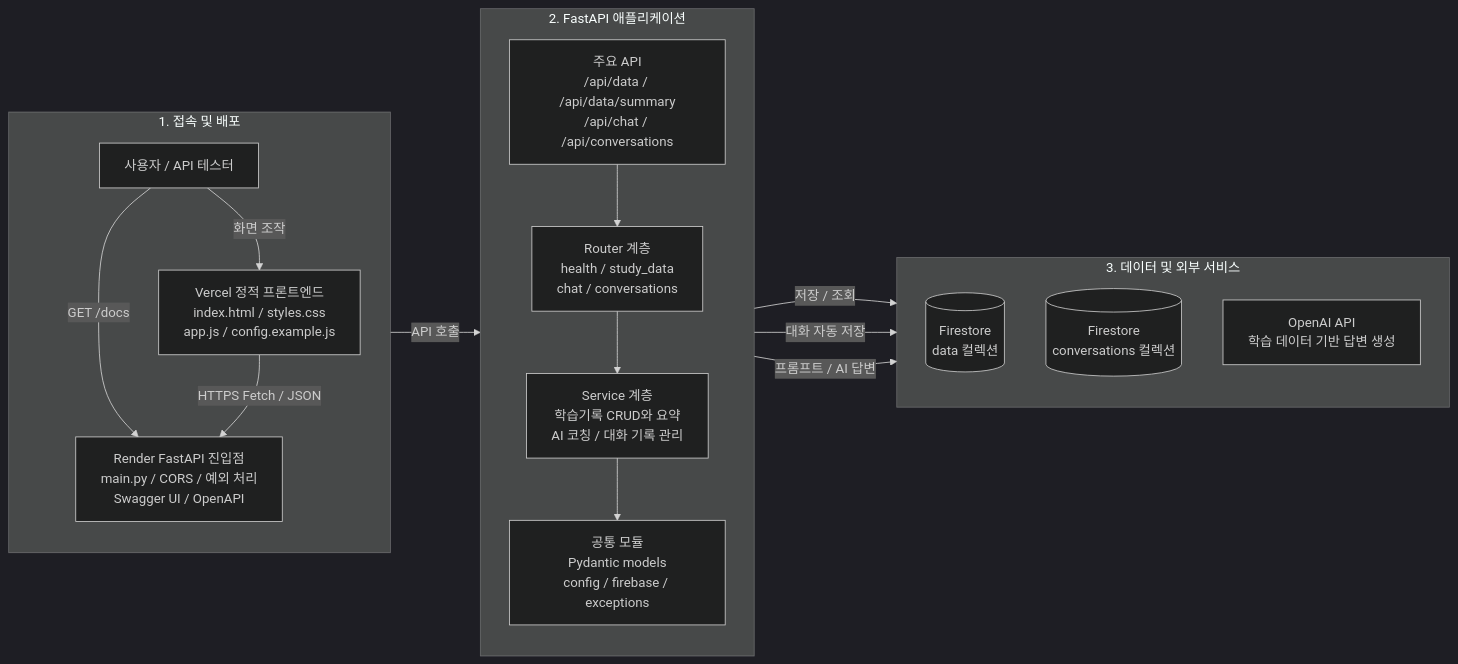
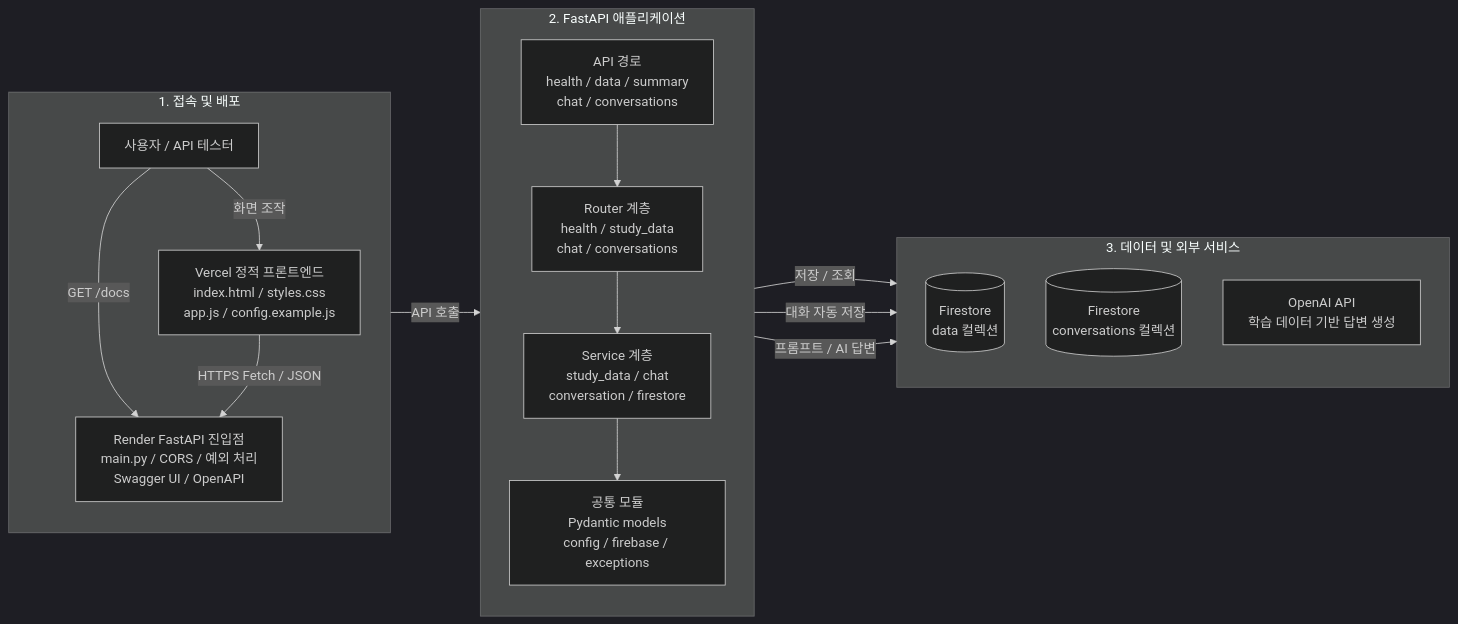
The first of 2 diagrams in README.md (yong05610/AI_NATIVE_M-2), drawn with Mermaid (dark theme) before and after one commit. The commit also changed other lines of this file, not shown here.

Commit message:
구조도

````diff
--- a/README.md
+++ b/README.md
@@ -112,37 +54,37 @@
 ```mermaid
 flowchart LR
     subgraph ACCESS["1. 접속 및 배포"]
         direction TB
         ACTOR["사용자 / API 테스터"]
         FRONT["Vercel 정적 프론트엔드<br/>index.html / styles.css<br/>app.js / config.example.js"]
         ENTRY["Render FastAPI 진입점<br/>main.py / CORS / 예외 처리<br/>Swagger UI / OpenAPI"]
 
         ACTOR -->|"화면 조작"| FRONT
         ACTOR -->|"GET /docs"| ENTRY
         FRONT -->|"HTTPS Fetch / JSON"| ENTRY
     end
 
     subgraph APPLICATION["2. FastAPI 애플리케이션"]
         direction TB
+        APIS["API 경로<br/>health / data / summary<br/>chat / conversations"]
         ROUTERS["Router 계층<br/>health / study_data<br/>chat / conversations"]
-        APIS["주요 API<br/>/api/data / /api/data/summary<br/>/api/chat / /api/conversations"]
-        SERVICES["Service 계층<br/>학습기록 CRUD와 요약<br/>AI 코칭 / 대화 기록 관리"]
+        SERVICES["Service 계층<br/>study_data / chat<br/>conversation / firestore"]
         SUPPORT["공통 모듈<br/>Pydantic models<br/>config / firebase / exceptions"]
 
         APIS --> ROUTERS
         ROUTERS --> SERVICES
         SERVICES --> SUPPORT
     end
 
     subgraph RESOURCES["3. 데이터 및 외부 서비스"]
         direction TB
         DATA_DB[("Firestore<br/>data 컬렉션")]
         CONV_DB[("Firestore<br/>conversations 컬렉션")]
         OPENAI["OpenAI API<br/>학습 데이터 기반 답변 생성"]
     end
 
     ACCESS -->|"API 호출"| APPLICATION
     APPLICATION -->|"저장 / 조회"| DATA_DB
     APPLICATION -->|"대화 자동 저장"| CONV_DB
     APPLICATION -->|"프롬프트 / AI 답변"| OPENAI
 ```
````
